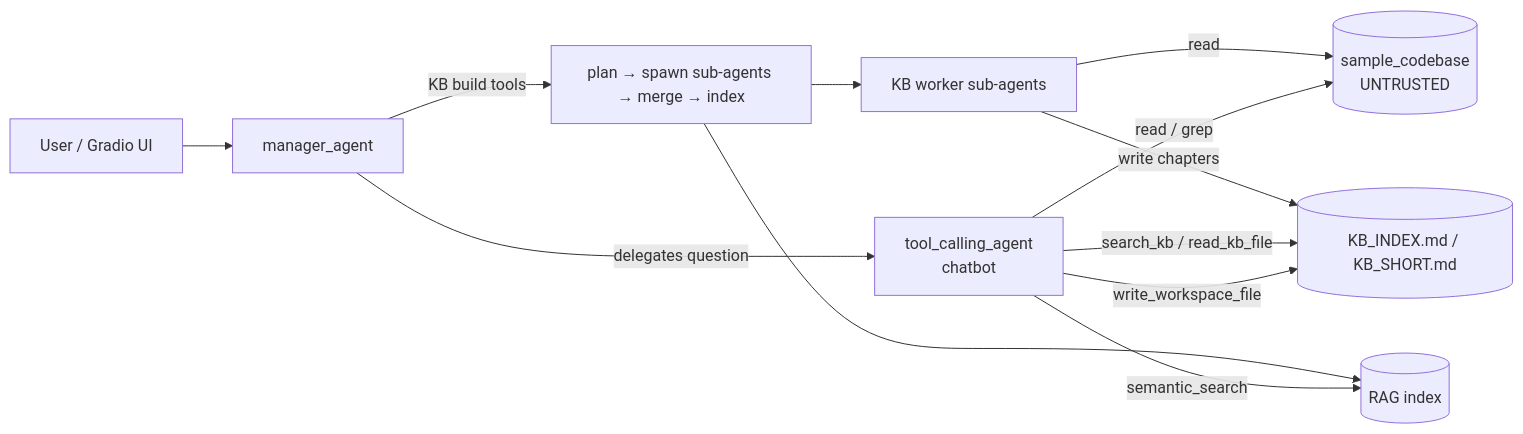
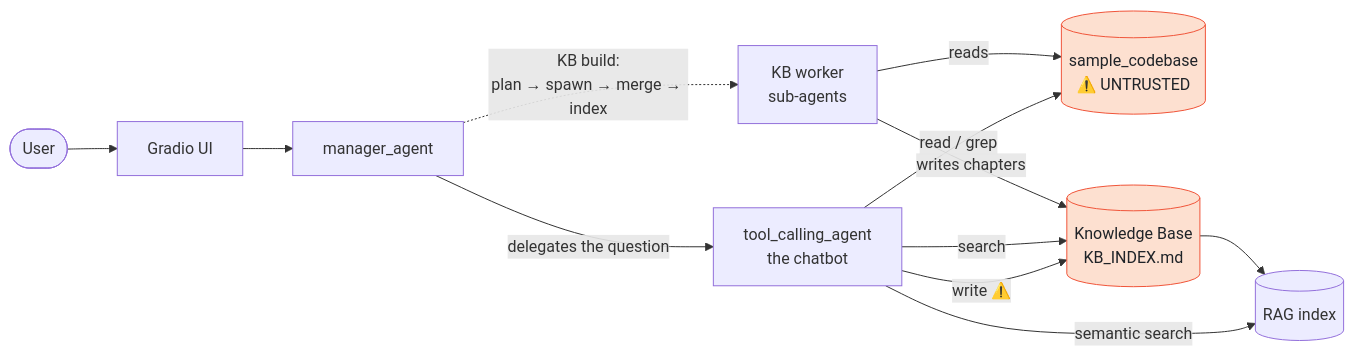
One commit to k074m4n/agentic-rag-security-lab changed the second of 2 diagrams in README.md. Above: the diagram before and after it, drawn with Mermaid. The commit also changed other lines of this file and 3 other files, not shown here.

````diff
--- a/README.md
+++ b/README.md
@@ -41,14 +122,17 @@
 ```mermaid
 flowchart LR
-    U[User / Gradio UI] --> M[manager_agent]
-    M -->|delegates question| C[tool_calling_agent<br/>chatbot]
-    M -->|KB build tools| P[plan → spawn sub-agents → merge → index]
-    P --> W[KB worker sub-agents]
-    W -->|read| CB[(sample_codebase<br/>UNTRUSTED)]
-    W -->|write chapters| KB[(KB_INDEX.md / KB_SHORT.md)]
-    P --> R[(RAG index)]
+    U([User]) --> UI[Gradio UI]
+    UI --> M[manager_agent]
+    M -->|"delegates the question"| C[tool_calling_agent<br/>the chatbot]
+    M -.->|"KB build:<br/>plan → spawn → merge → index"| W[KB worker<br/>sub-agents]
+    W -->|reads| CB[("sample_codebase<br/>⚠️ UNTRUSTED")]
+    W -->|writes chapters| KB[("Knowledge Base<br/>KB_INDEX.md")]
+    KB --> R[("RAG index")]
     C -->|read / grep| CB
-    C -->|search_kb / read_kb_file| KB
-    C -->|semantic_search| R
-    C -->|write_workspace_file| KB
+    C -->|search| KB
+    C -->|semantic search| R
+    C -->|"write ⚠️"| KB
+
+    classDef danger fill:#fde0d0,stroke:#f0553a,color:#1f2328
+    class CB,KB danger
 ```
````
